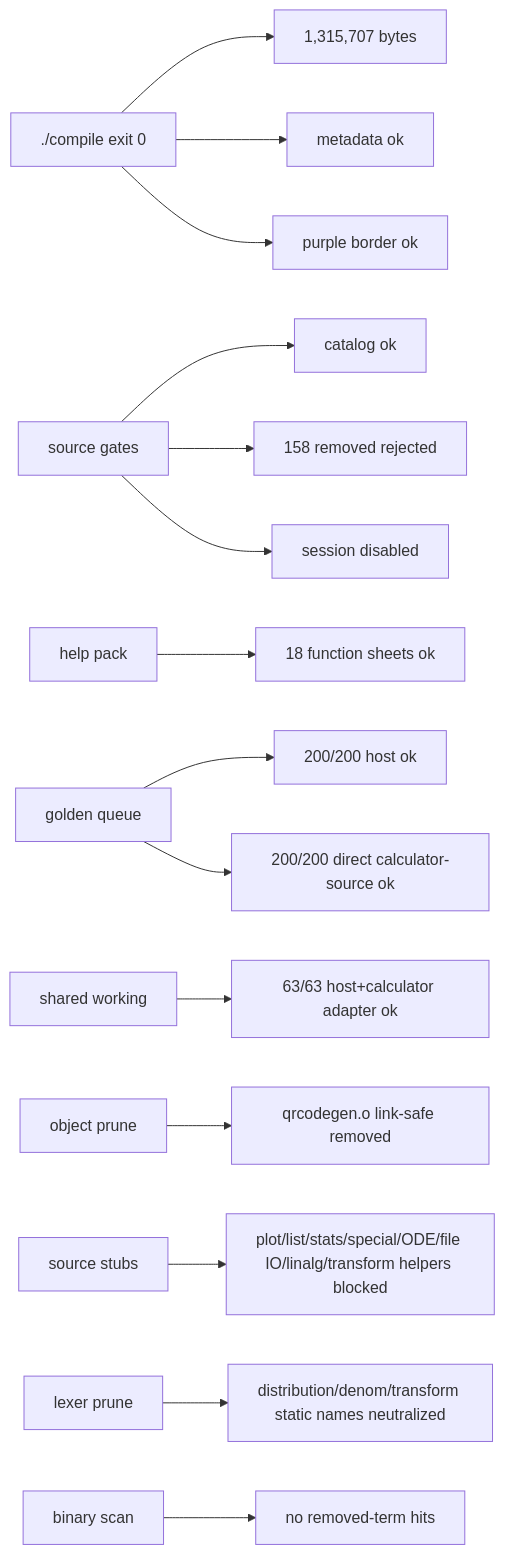
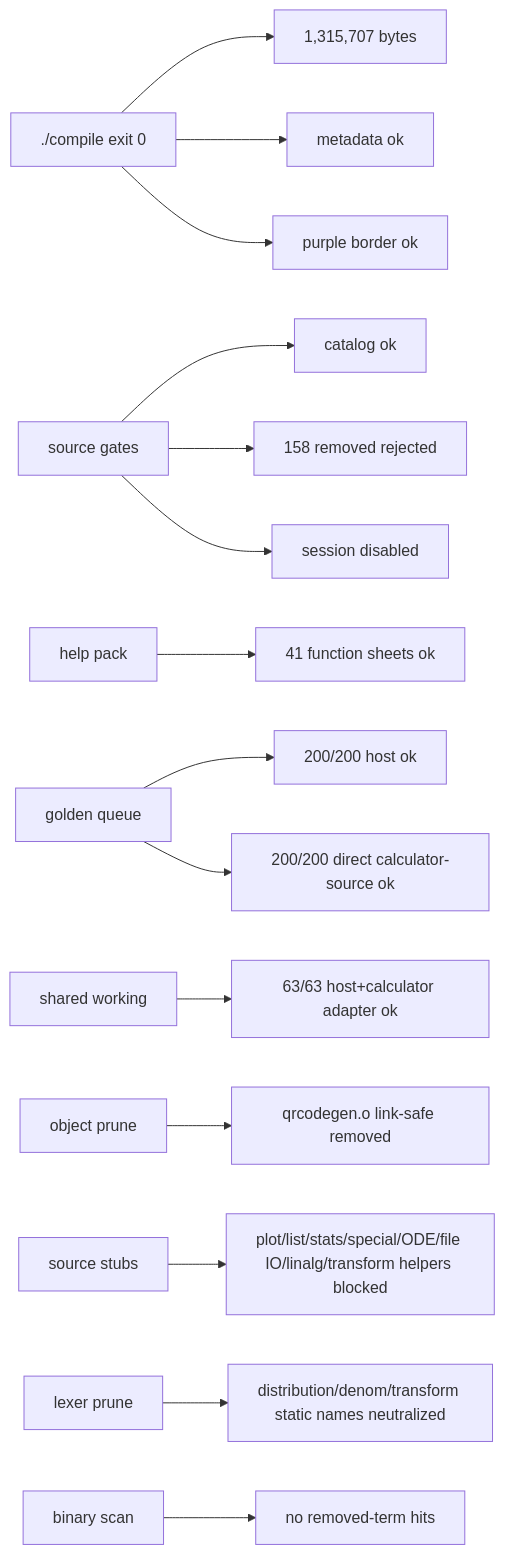
Before and after one commit to james8464/notes-addin-casio-fx-cg50: the seventh of 7 diagrams in docs/GRAPH.md, drawn with Mermaid. The commit also changed other lines of this file and 25 other files, not shown here.

Commit message:
docs: cover every catalog command in help pack

````diff
--- a/docs/GRAPH.md
+++ b/docs/GRAPH.md
@@ -137,17 +137,17 @@
 ```mermaid
 graph LR
   Build["./compile exit 0"] --> Size["1,315,707 bytes"]
   Build --> Meta["metadata ok"]
   Build --> Border["purple border ok"]
   Source["source gates"] --> Catalog["catalog ok"]
   Source --> Removed["158 removed rejected"]
   Source --> Session["session disabled"]
-  Help["help pack"] --> HelpQ["18 function sheets ok"]
+  Help["help pack"] --> HelpQ["41 function sheets ok"]
   Queue["golden queue"] --> QueueRun["200/200 host ok"]
   Queue --> GoldenRun["200/200 direct calculator-source ok"]
   Shared["shared working"] --> SharedRun["63/63 host+calculator adapter ok"]
   Obj["object prune"] --> QR["qrcodegen.o link-safe removed"]
   Macro["source stubs"] --> Stubbed["plot/list/stats/special/ODE/file IO/linalg/transform helpers blocked"]
   Static["lexer prune"] --> StaticRun["distribution/denom/transform static names neutralized"]
   Bin["binary scan"] --> NoLeak["no removed-term hits"]
 ```
````
